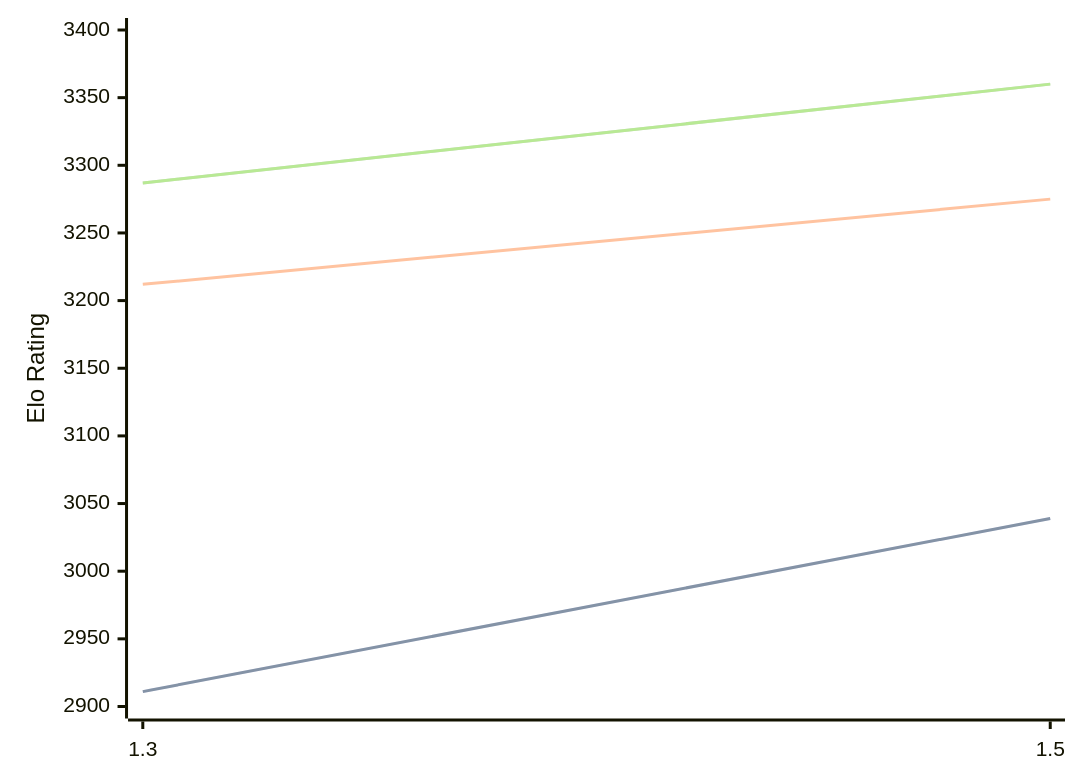
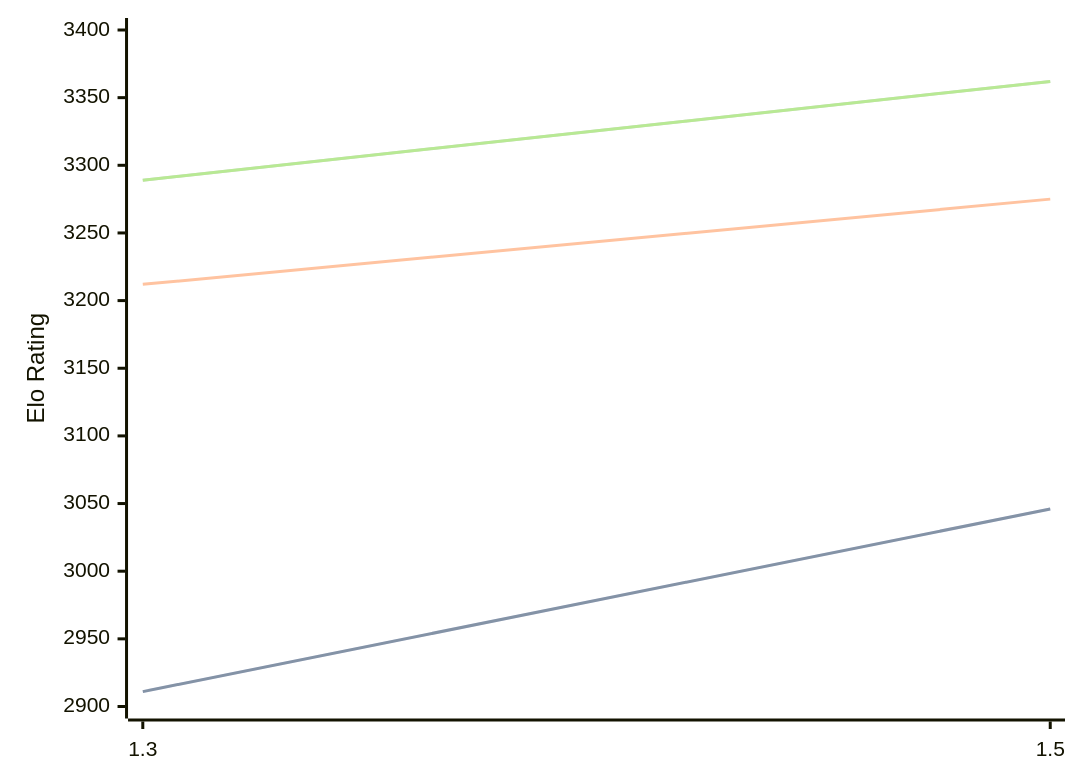
The diagram in engines/Lambergar.md (computer-chess-index/cci), drawn with Mermaid before and after one commit. The commit also changed other lines of this file, not shown here.

Commit message:
Update CCI Ratings (ELO VLTC) - 2026-09-06

````diff
--- a/engines/Lambergar.md
+++ b/engines/Lambergar.md
@@ -32,11 +32,11 @@
 ```mermaid
 %%{init: {"theme":"base","themeVariables":{"seriesColors:['#a3a3a3','#222221','#faa371']}}}%%
 xychart-beta
   x-axis ["1.3", "1.5"]
   y-axis "Elo Rating" 2900 --> 3400
-  line "" [2911, 3039]
-  line "STC (8.0+0.08s)" [2911, 3039]
+  line "" [2911, 3046]
+  line "STC (8.0+0.08s)" [2911, 3046]
   line "LTC (60.0+0.60s)" [3212, 3275]
-  line "" [3287, 3360]
-  line "VLTC (2m24s+1.12s)" [3287, 3360]
+  line "" [3289, 3362]
+  line "VLTC (2m24s+1.12s)" [3289, 3362]
 ```
````
